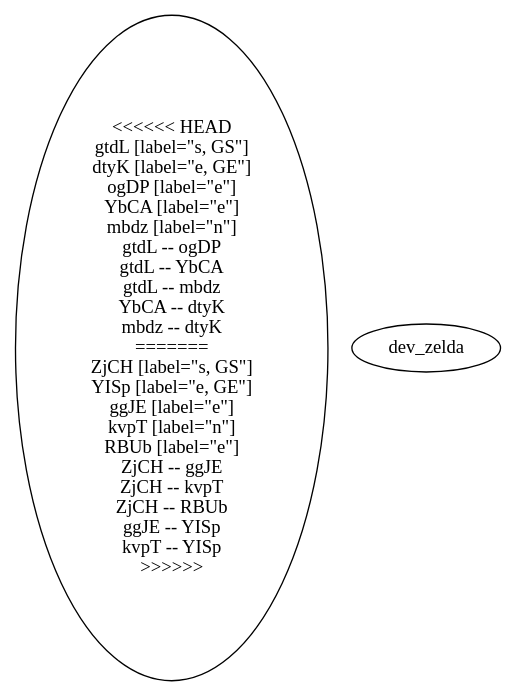
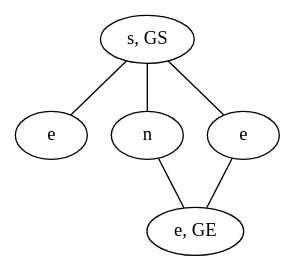
One commit to schrum2/MM-NEAT changed the diagram in data/VGLC/Zelda/rules/1/0_S-E.dot. Above: the diagram before and after it, drawn with Graphviz. The commit also changed 59 other files, not shown here.

```diff
--- a/data/VGLC/Zelda/rules/1/0_S-E.dot
+++ b/data/VGLC/Zelda/rules/1/0_S-E.dot
@@ -1,25 +1,12 @@
 graph {
-<<<<<<< HEAD
-gtdL [label="s, GS"]
-dtyK [label="e, GE"]
-ogDP [label="e"]
-YbCA [label="e"]
-mbdz [label="n"]
-gtdL -- ogDP
-gtdL -- YbCA
-gtdL -- mbdz
-YbCA -- dtyK
-mbdz -- dtyK
-=======
-ZjCH [label="s, GS"]
-YISp [label="e, GE"]
-ggJE [label="e"]
-kvpT [label="n"]
-RBUb [label="e"]
-ZjCH -- ggJE
-ZjCH -- kvpT
-ZjCH -- RBUb
-ggJE -- YISp
-kvpT -- YISp
->>>>>>> dev_zelda
+ZKIs [label="s, GS"]
+lMvF [label="e, GE"]
+Cqed [label="e"]
+guAL [label="n"]
+RURE [label="e"]
+ZKIs -- Cqed
+ZKIs -- guAL
+ZKIs -- RURE
+guAL -- lMvF
+RURE -- lMvF
 }
```
